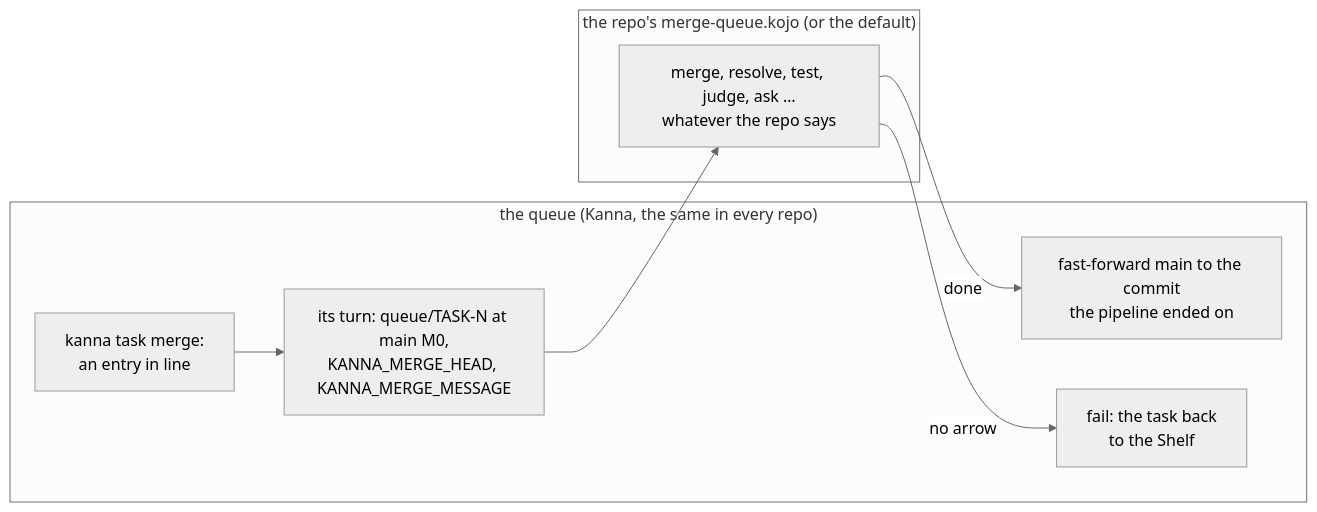
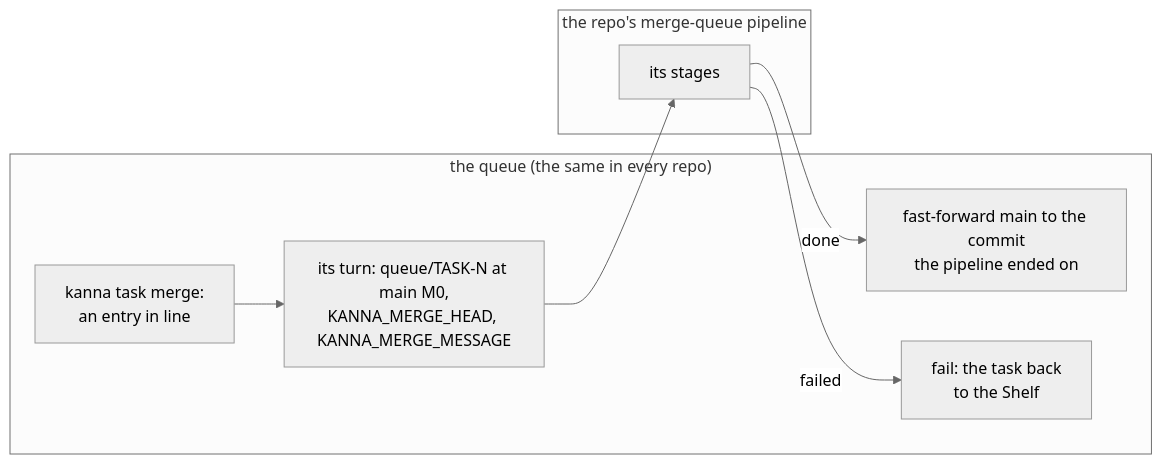
Before and after one commit to tampopogk/kanna: the second of 4 diagrams in docs/specs/merge-queue.md, drawn with Mermaid (neutral theme). The commit also changed other lines of this file and 6 other files, not shown here.

Commit message:
Merge queue specs: the queue's spec keeps its process and the pipeline interface; the default pipeline and this repo's merge.test setup get specs of their own

````diff
--- a/docs/specs/merge-queue.md
+++ b/docs/specs/merge-queue.md
@@ -71,14 +67,14 @@
 ```mermaid
 flowchart LR
-    subgraph Q["the queue (Kanna, the same in every repo)"]
+    subgraph Q["the queue (the same in every repo)"]
         E["kanna task merge:<br/>an entry in line"] --> S["its turn: queue/TASK-N at main M0,<br/>KANNA_MERGE_HEAD, KANNA_MERGE_MESSAGE"]
         L["fast-forward main to the commit<br/>the pipeline ended on"]
         F["fail: the task back<br/>to the Shelf"]
     end
-    subgraph P["the repo's merge-queue.kojo (or the default)"]
-        X["merge, resolve, test, judge, ask …<br/>whatever the repo says"]
+    subgraph P["the repo's merge-queue pipeline"]
+        X["its stages"]
     end
     S --> X
     X -->|"done"| L
-    X -->|"no arrow"| F
+    X -->|"failed"| F
 ```
````
